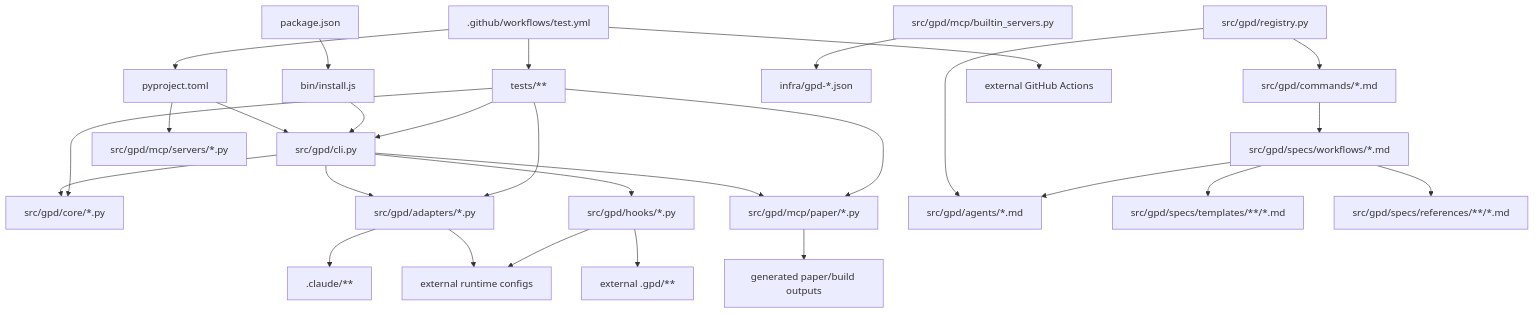
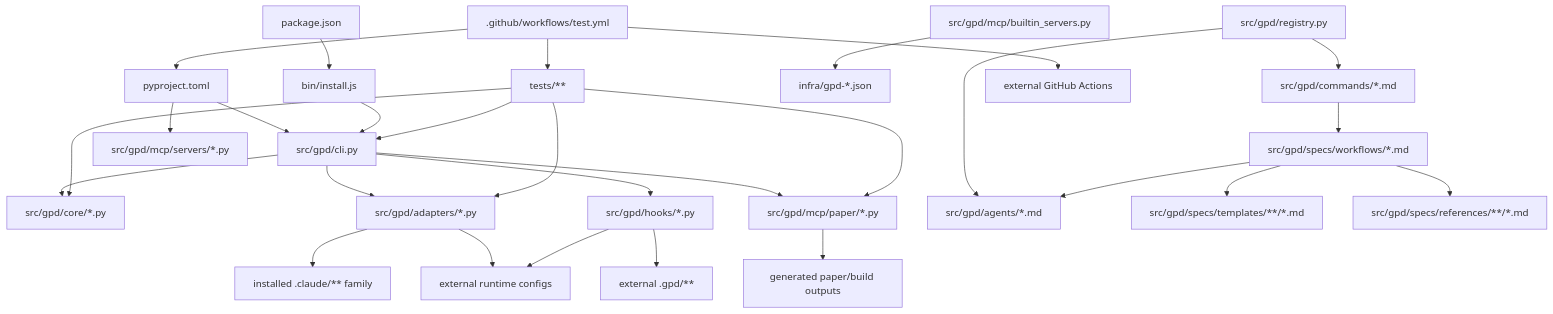
Before and after one commit to psi-oss/get-physics-done: the diagram in tests/README.md, drawn with Mermaid. The commit also changed other lines of this file and 1 other file, not shown here.

Commit message:
Tighten repository graph guardrails

````diff
--- a/tests/README.md
+++ b/tests/README.md
@@ -102,30 +97,30 @@
 ```mermaid
 flowchart TD
     package_json[package.json] --> install_js[bin/install.js]
     pyproject[pyproject.toml] --> cli[src/gpd/cli.py]
     pyproject --> mcp_scripts[src/gpd/mcp/servers/*.py]
     install_js --> cli
     cli --> core[src/gpd/core/*.py]
     cli --> adapters[src/gpd/adapters/*.py]
     cli --> hooks[src/gpd/hooks/*.py]
     cli --> paper[src/gpd/mcp/paper/*.py]
     registry[src/gpd/registry.py] --> commands[src/gpd/commands/*.md]
     registry --> agents[src/gpd/agents/*.md]
     commands --> workflows[src/gpd/specs/workflows/*.md]
     workflows --> templates[src/gpd/specs/templates/**/*.md]
     workflows --> refs[src/gpd/specs/references/**/*.md]
     workflows --> agents
-    adapters --> claude_snapshot[.claude/**]
+    adapters --> claude_artifacts[installed .claude/** family]
     adapters --> runtime_cfg[external runtime configs]
     hooks --> runtime_cfg
     hooks --> workspace_state[external .gpd/**]
     builtin[src/gpd/mcp/builtin_servers.py] --> infra[infra/gpd-*.json]
     paper --> paper_outputs[generated paper/build outputs]
     tests[tests/**] --> cli
     tests --> core
     tests --> adapters
     tests --> paper
     ci[.github/workflows/test.yml] --> tests
     ci --> pyproject
     ci --> gh_actions[external GitHub Actions]
 ```
````
